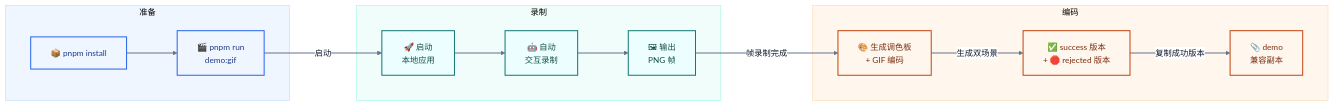
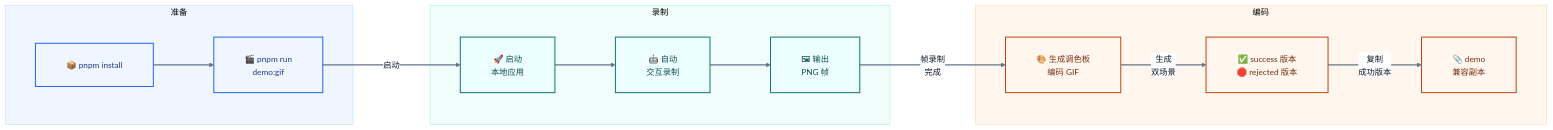
The sixth of 8 diagrams in README.md (sunshineluyao/Moss-Mcp-Transaction), drawn with Mermaid before and after one commit. The commit also changed other lines of this file, not shown here.

Commit message:
Improve readability across all Mermaid diagrams

````diff
--- a/README.md
+++ b/README.md
@@ -583,33 +583,33 @@
 ```mermaid
-%%{init: {'theme':'base','flowchart': {'htmlLabels': true, 'nodeSpacing': 72, 'rankSpacing': 92, 'curve': 'basis', 'padding': 18},'themeVariables': {'fontFamily':'Inter, Segoe UI, sans-serif','fontSize':'15px','primaryTextColor':'#0f172a','lineColor':'#64748b','clusterBkg':'#f8fafc','clusterBorder':'#cbd5e1','edgeLabelBackground':'#ffffff','primaryBorderColor':'#2563eb','primaryColor':'#eff6ff'}}}%%
+%%{init: {'theme':'base','flowchart': {'htmlLabels': true, 'nodeSpacing': 96, 'rankSpacing': 110, 'curve': 'basis', 'padding': 28, 'diagramPadding': 24, 'wrappingWidth': 260},'themeVariables': {'fontFamily':'Inter, Segoe UI, sans-serif','fontSize':'15px','primaryTextColor':'#0f172a','lineColor':'#64748b','clusterBkg':'#f8fafc','clusterBorder':'#cbd5e1','edgeLabelBackground':'#ffffff','primaryBorderColor':'#2563eb','primaryColor':'#eff6ff'}}}%%
 flowchart LR
   subgraph P1[准备]
     A["📦 pnpm install"] --> B["🎬 pnpm run<br/>demo:gif"]
   end
 
   subgraph P2[录制]
     C["🚀 启动<br/>本地应用"] --> D["🤖 自动<br/>交互录制"]
     D --> E["🖼 输出<br/>PNG 帧"]
   end
 
   subgraph P3[编码]
-    F["🎨 生成调色板<br/>+ GIF 编码"]
-    G["✅ success 版本<br/>+ 🛑 rejected 版本"]
+    F["🎨 生成调色板<br/>编码 GIF"]
+    G["✅ success 版本<br/>🛑 rejected 版本"]
     H["📎 demo<br/>兼容副本"]
   end
 
   B -->|启动| C
-  E -->|帧录制完成| F -->|生成双场景| G -->|复制成功版本| H
+  E -->|帧录制<br/>完成| F -->|生成<br/>双场景| G -->|复制<br/>成功版本| H
 
   classDef prep fill:#eff6ff,stroke:#2563eb,stroke-width:1.8px,color:#1e3a8a;
   classDef capture fill:#ecfeff,stroke:#0f766e,stroke-width:1.8px,color:#134e4a;
   classDef encode fill:#fff7ed,stroke:#c2410c,stroke-width:1.8px,color:#7c2d12;
 
   class A,B prep;
   class C,D,E capture;
   class F,G,H encode;
   style P1 fill:#eff6ff,stroke:#bfdbfe,stroke-width:1px
   style P2 fill:#f0fdfa,stroke:#99f6e4,stroke-width:1px
   style P3 fill:#fff7ed,stroke:#fed7aa,stroke-width:1px
   linkStyle default stroke:#64748b,stroke-width:2px;
 ```
````
